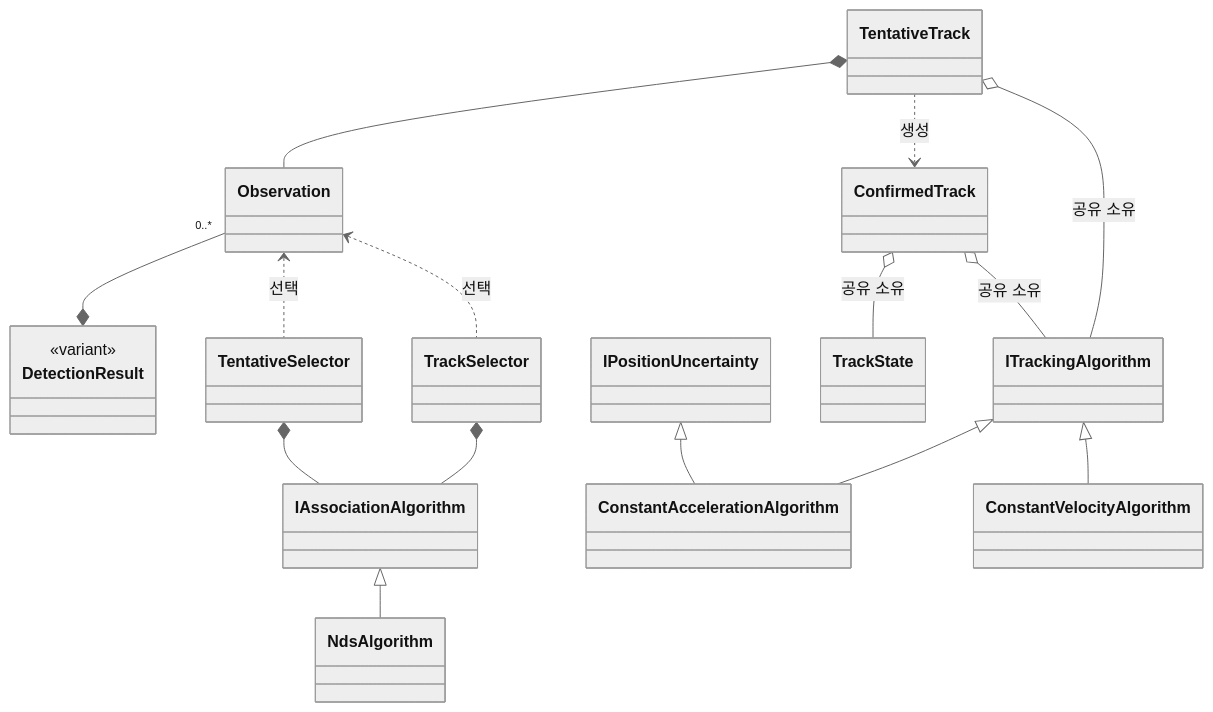
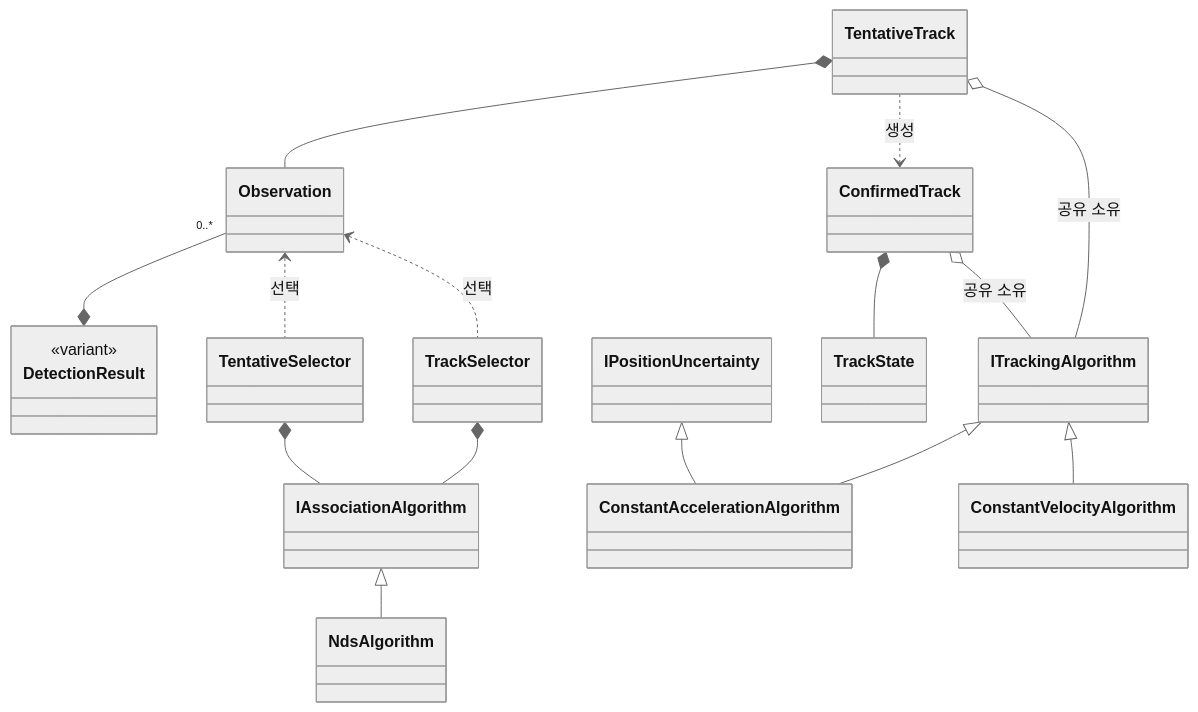
The second of 8 diagrams in src/target/README.md (AESAlien/aesa-processor), drawn with Mermaid (neutral theme) before and after one commit. The commit also changed other lines of this file and 57 other files, not shown here.

First line of the commit message:
refactor: 트랙 도메인 책임 정리와 모듈 다이어그램 보강 (#152)

````diff
--- a/src/target/README.md
+++ b/src/target/README.md
@@ -75,26 +78,26 @@
 ```mermaid
 classDiagram
     direction TB
 
     class DetectionResult {
         <<variant>>
     }
 
     TentativeTrack *-- Observation
     Observation "0..*" --* DetectionResult
-    ConfirmedTrack o-- TrackState : 공유 소유
+    ConfirmedTrack *-- TrackState
     TentativeTrack ..> ConfirmedTrack : 생성
 
     TentativeTrack o-- ITrackingAlgorithm : 공유 소유
     ConfirmedTrack o-- ITrackingAlgorithm : 공유 소유
 
     IPositionUncertainty <|-- ConstantAccelerationAlgorithm
     ITrackingAlgorithm <|-- ConstantAccelerationAlgorithm
     ITrackingAlgorithm <|-- ConstantVelocityAlgorithm
 
     Observation <.. TentativeSelector : 선택
     Observation <.. TrackSelector : 선택
     TentativeSelector *-- IAssociationAlgorithm
     TrackSelector *-- IAssociationAlgorithm
     IAssociationAlgorithm <|-- NdsAlgorithm
 ```
````
